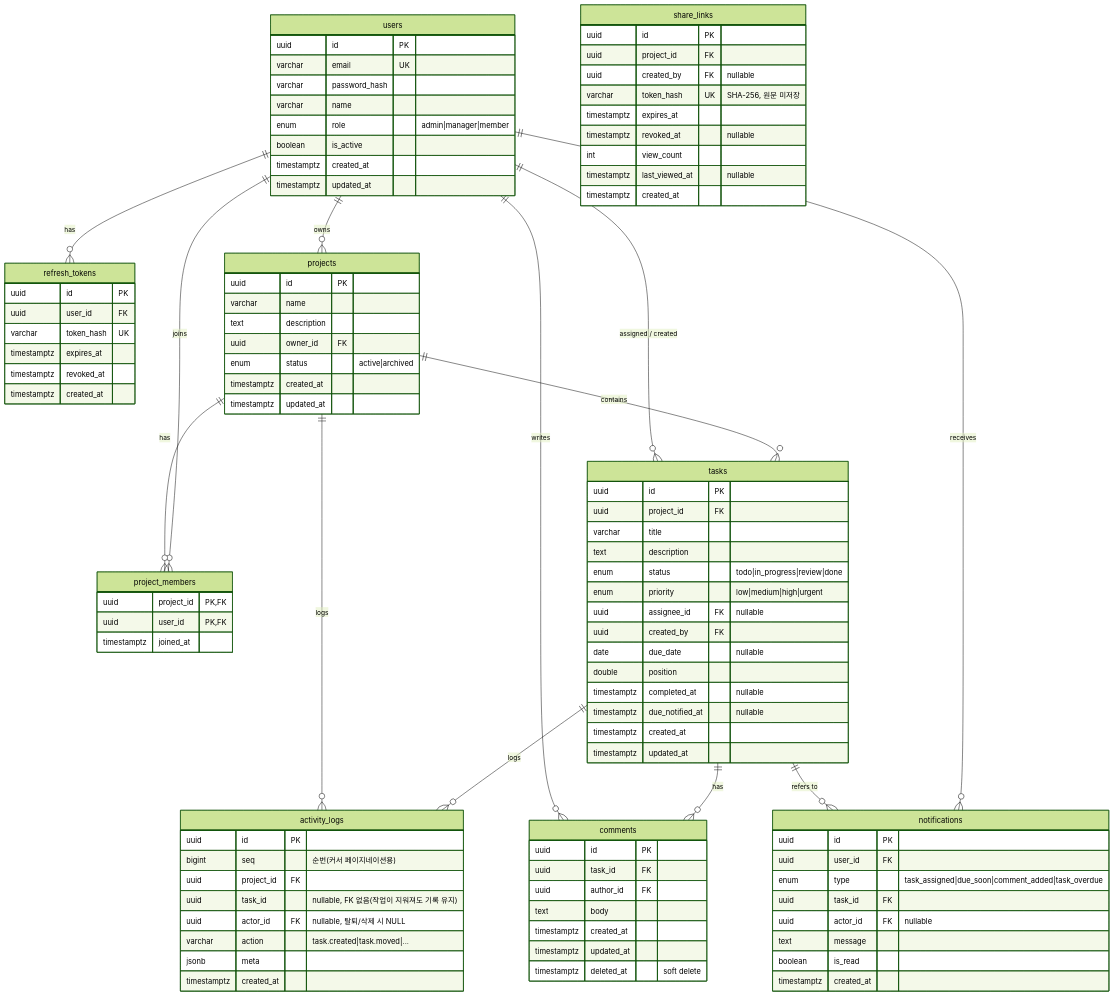
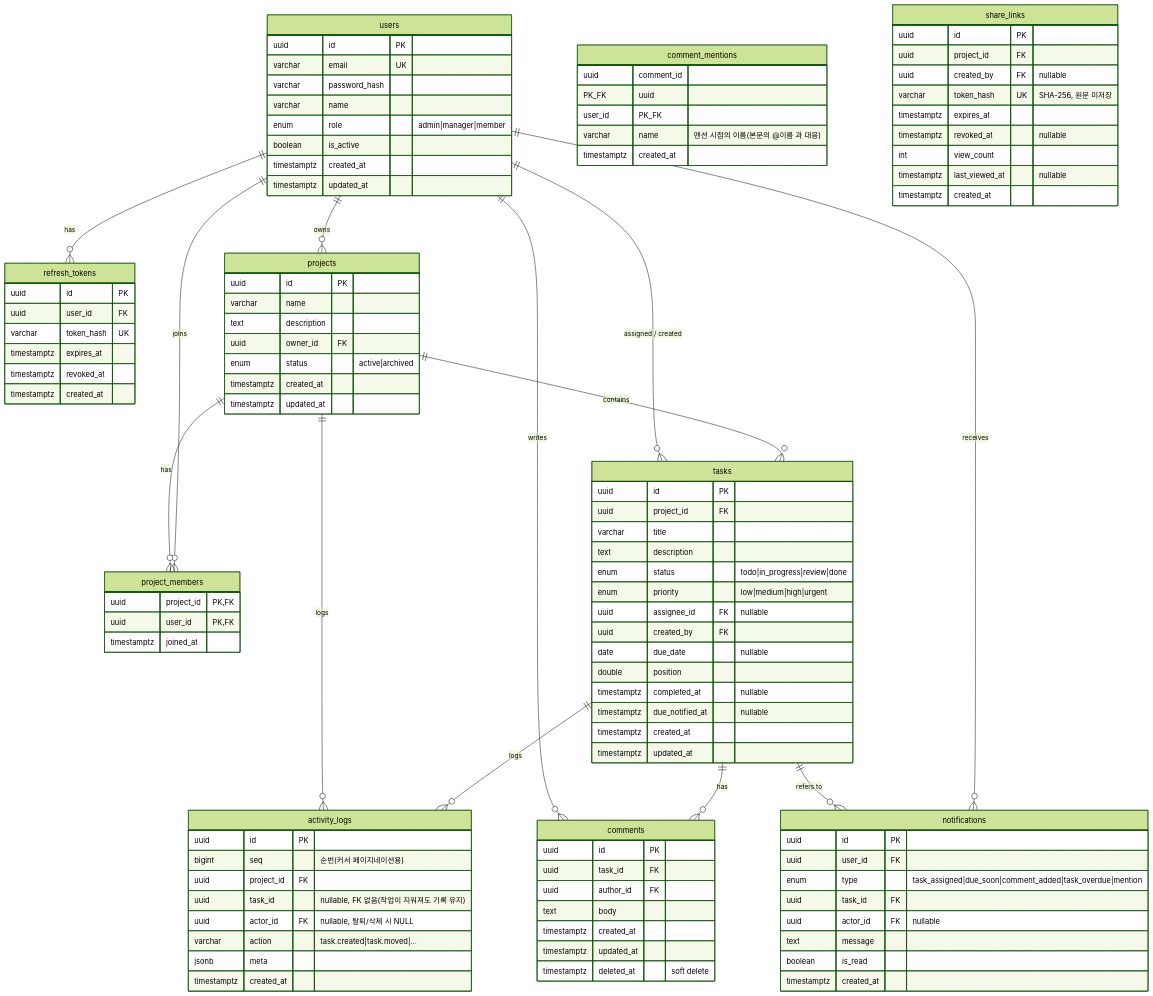
Before and after one commit to stulss/team-pm-app: the diagram in docs/DESIGN.md, drawn with Mermaid (forest theme). The commit also changed other lines of this file and 19 other files, not shown here.

First line of the commit message:
feat(mentions): @mention autocomplete in comments with mention notifications (M11)

```diff
--- a/docs/DESIGN.md
+++ b/docs/DESIGN.md
@@ -120,10 +120,16 @@
         timestamptz updated_at
         timestamptz deleted_at "soft delete"
     }
+    comment_mentions {
+        uuid comment_id PK_FK
+        uuid user_id PK_FK
+        varchar name "멘션 시점의 이름(본문의 @이름 과 대응)"
+        timestamptz created_at
+    }
     notifications {
         uuid id PK
         uuid user_id FK
-        enum type "task_assigned|due_soon|comment_added|task_overdue"
+        enum type "task_assigned|due_soon|comment_added|task_overdue|mention"
         uuid task_id FK
         uuid actor_id FK "nullable"
         text message
```
